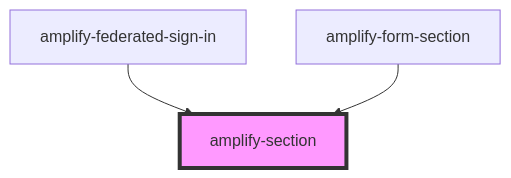
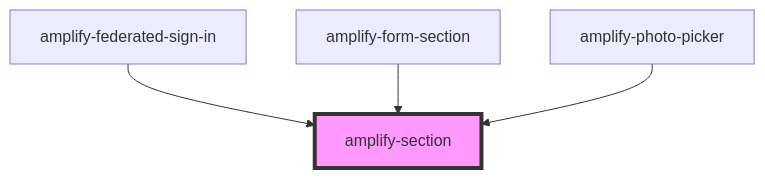
Before and after one commit to OneDev0411/amplify-js: the diagram in packages/amplify-ui-components/src/components/amplify-section/readme.md, drawn with Mermaid. The commit also changed other lines of this file and 19 other files, not shown here.

````diff
--- a/packages/amplify-ui-components/src/components/amplify-section/readme.md
+++ b/packages/amplify-ui-components/src/components/amplify-section/readme.md
@@ -21,6 +22,7 @@
 ```mermaid
 graph TD;
   amplify-federated-sign-in --> amplify-section
   amplify-form-section --> amplify-section
+  amplify-photo-picker --> amplify-section
   style amplify-section fill:#f9f,stroke:#333,stroke-width:4px
 ```
````
